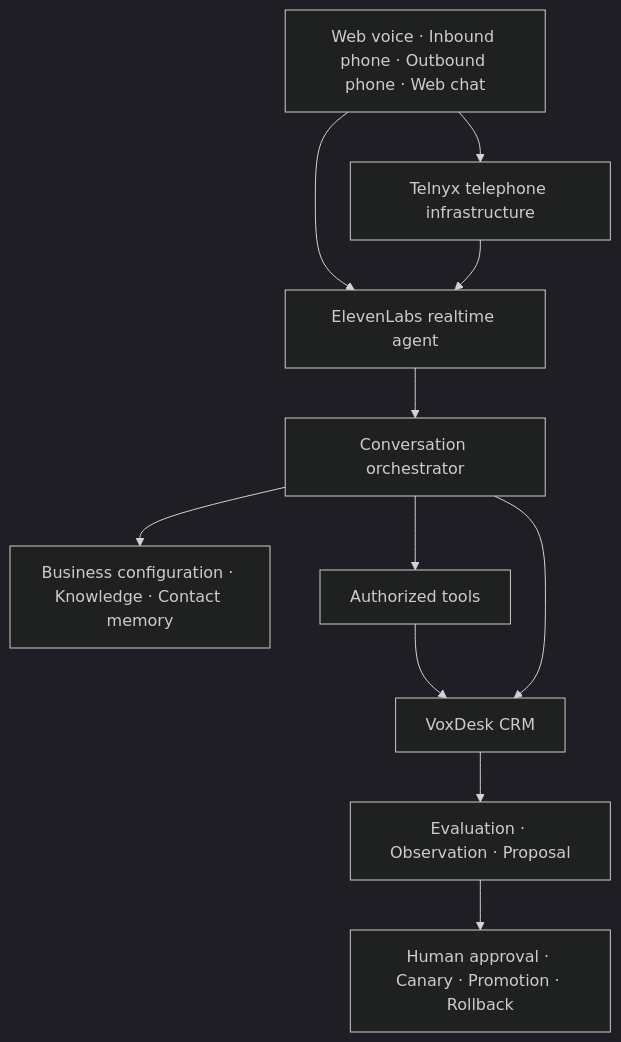
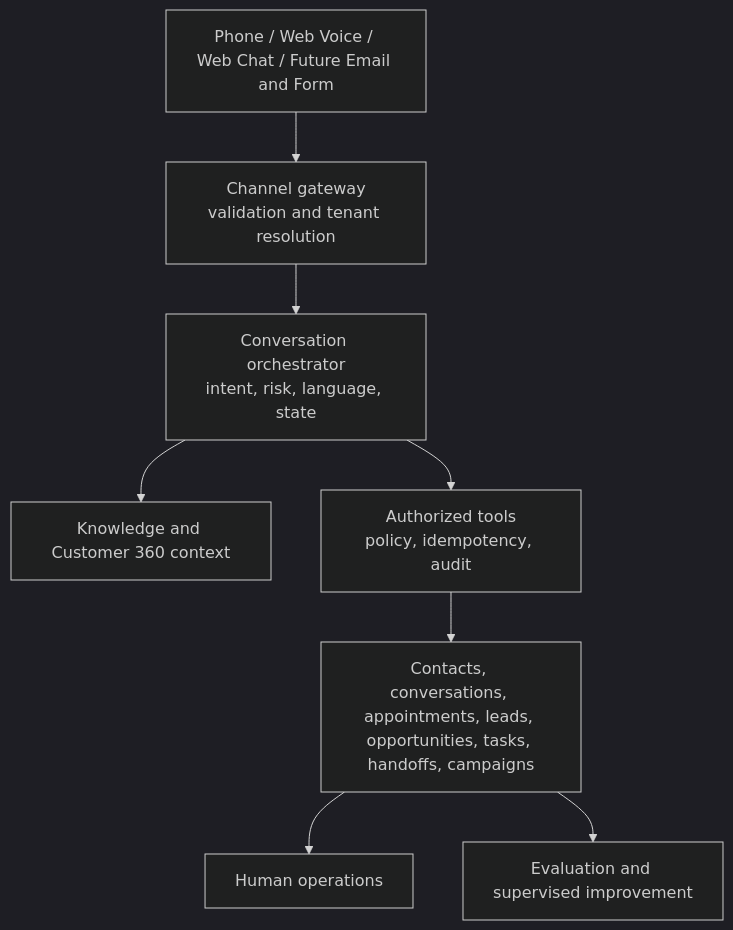
Before and after one commit to arslanvuzmal/VoxDesk: the first of 2 diagrams in README.md, drawn with Mermaid (dark theme). The commit also changed other lines of this file and 100 other files, not shown here.

````diff
--- a/README.md
+++ b/README.md
@@ -63,23 +34,17 @@
 ```mermaid
 flowchart TD
-  Channels[Web voice · Inbound phone · Outbound phone · Web chat]
-  Telnyx[Telnyx telephone infrastructure]
-  ElevenLabs[ElevenLabs realtime agent]
-  Orchestrator[Conversation orchestrator]
-  Context[Business configuration · Knowledge · Contact memory]
-  Tools[Authorized tools]
-  CRM[VoxDesk CRM]
-  Quality[Evaluation · Observation · Proposal]
-  Human[Human approval · Canary · Promotion · Rollback]
+  Channels[Phone / Web Voice / Web Chat / Future Email and Form]
+  Gateway[Channel gateway\nvalidation and tenant resolution]
+  Conversation[Conversation orchestrator\nintent, risk, language, state]
+  Context[Knowledge and Customer 360 context]
+  Tools[Authorized tools\npolicy, idempotency, audit]
+  Operations[Contacts, conversations, appointments, leads, opportunities, tasks, handoffs, campaigns]
+  Human[Human operations]
+  Quality[Evaluation and supervised improvement]
 
-  Channels --> Telnyx
-  Channels --> ElevenLabs
-  Telnyx --> ElevenLabs
-  ElevenLabs --> Orchestrator
-  Orchestrator --> Context
-  Orchestrator --> Tools
-  Tools --> CRM
-  Orchestrator --> CRM
-  CRM --> Quality
-  Quality --> Human
+  Channels --> Gateway --> Conversation
+  Conversation --> Context
+  Conversation --> Tools --> Operations
+  Operations --> Human
+  Operations --> Quality
 ```
````
